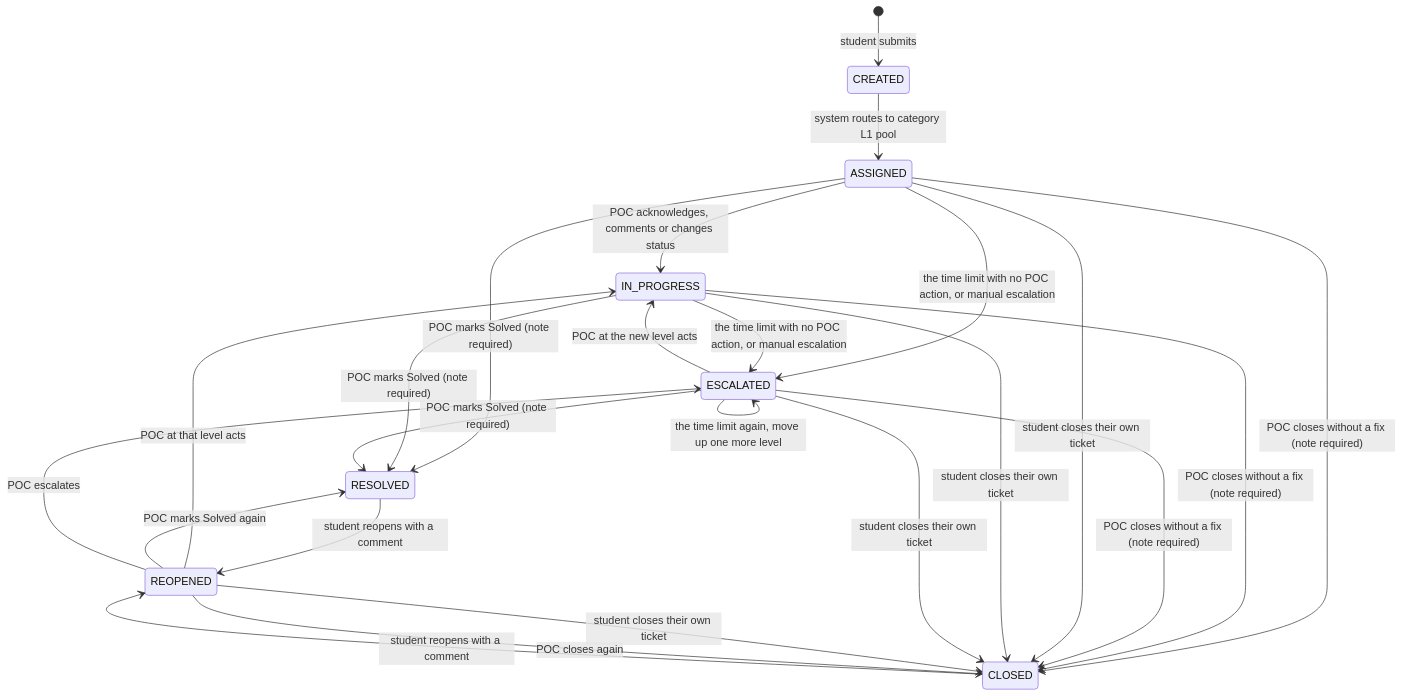
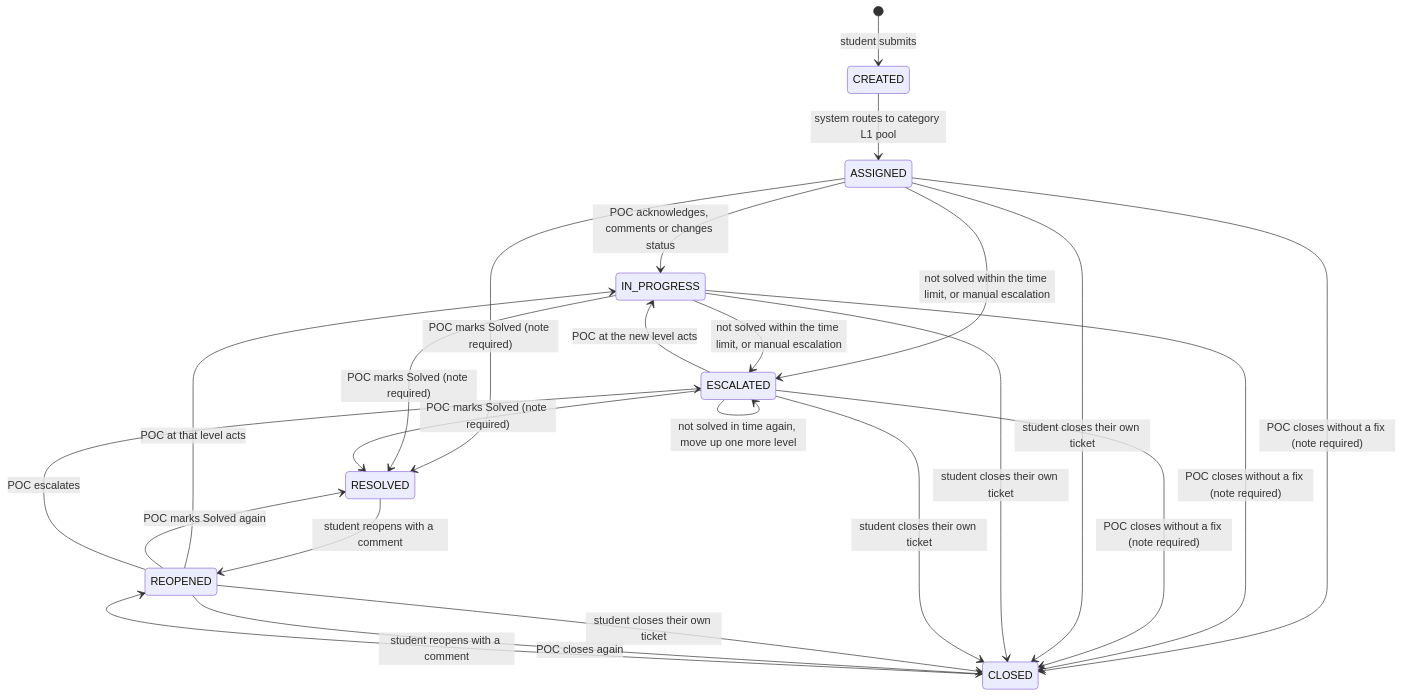
The diagram in docs/state-diagram.md (shub-nova/NST-Connect), drawn with Mermaid before and after one commit. The commit also changed other lines of this file and 4 other files, not shown here.

````diff
--- a/docs/state-diagram.md
+++ b/docs/state-diagram.md
@@ -5,31 +5,31 @@
 ```mermaid
 stateDiagram-v2
     [*] --> CREATED: student submits
     CREATED --> ASSIGNED: system routes to category L1 pool
 
     ASSIGNED --> IN_PROGRESS: POC acknowledges, comments or changes status
-    ASSIGNED --> ESCALATED: the time limit with no POC action, or manual escalation
-    IN_PROGRESS --> ESCALATED: the time limit with no POC action, or manual escalation
+    ASSIGNED --> ESCALATED: not solved within the time limit, or manual escalation
+    IN_PROGRESS --> ESCALATED: not solved within the time limit, or manual escalation
     ESCALATED --> IN_PROGRESS: POC at the new level acts
-    ESCALATED --> ESCALATED: the time limit again, move up one more level
+    ESCALATED --> ESCALATED: not solved in time again, move up one more level
 
     ASSIGNED --> RESOLVED: POC marks Solved (note required)
     IN_PROGRESS --> RESOLVED: POC marks Solved (note required)
     ESCALATED --> RESOLVED: POC marks Solved (note required)
 
     ASSIGNED --> CLOSED: POC closes without a fix (note required)
     IN_PROGRESS --> CLOSED: POC closes without a fix (note required)
     ESCALATED --> CLOSED: POC closes without a fix (note required)
 
     RESOLVED --> REOPENED: student reopens with a comment
     CLOSED --> REOPENED: student reopens with a comment
     ASSIGNED --> CLOSED: student closes their own ticket
     IN_PROGRESS --> CLOSED: student closes their own ticket
     ESCALATED --> CLOSED: student closes their own ticket
     REOPENED --> CLOSED: student closes their own ticket
 
     REOPENED --> IN_PROGRESS: POC at that level acts
     REOPENED --> RESOLVED: POC marks Solved again
     REOPENED --> CLOSED: POC closes again
     REOPENED --> ESCALATED: POC escalates
 ```
````
